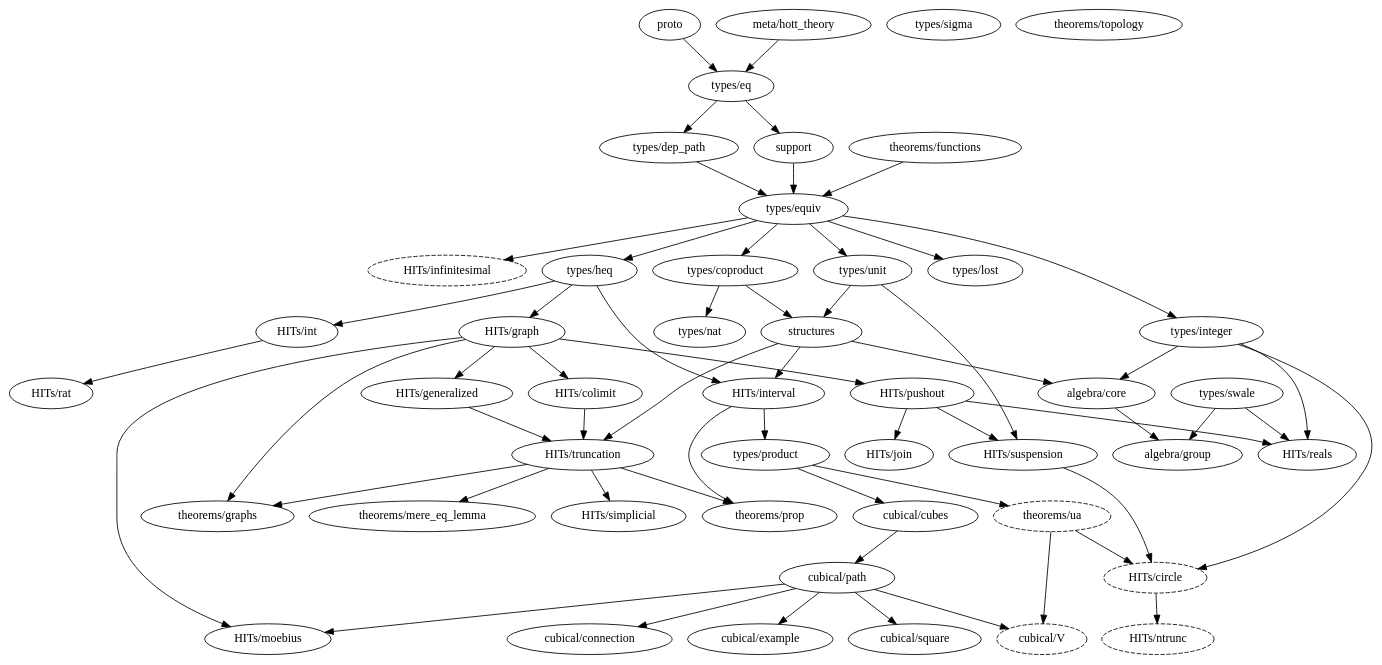
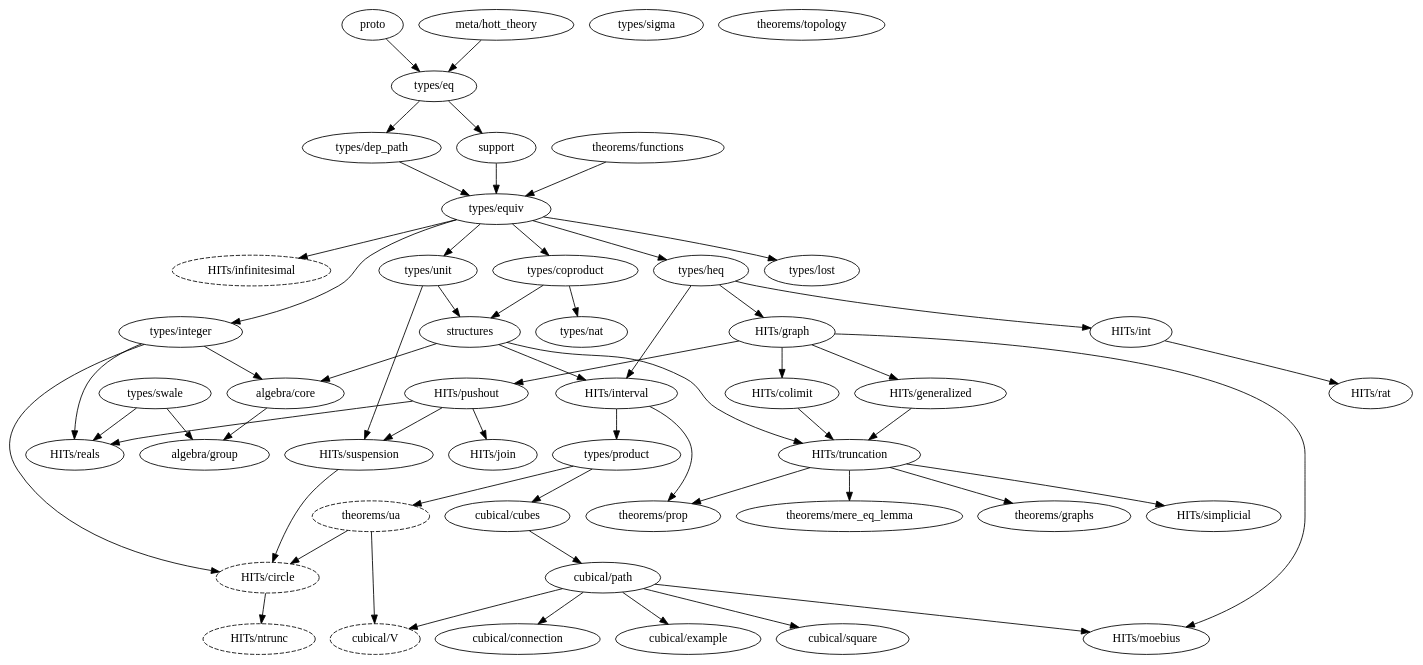
One commit to forked-from-1kasper/ground_zero changed the diagram in dependency_map.gv. Above: the diagram before and after it, drawn with Graphviz. The commit also changed 2 other files, not shown here.

```diff
--- a/dependency_map.gv
+++ b/dependency_map.gv
@@ -1,104 +1,103 @@
 digraph dependency_map {
   proto -> "types/eq"
   "meta/hott_theory" -> "types/eq"
   support -> "types/equiv"
   structures -> { "HITs/interval", "HITs/truncation", "algebra/core" }
 
   subgraph univalence {
     node [style=dashed]
     "HITs/circle"
     "HITs/infinitesimal"
     "HITs/ntrunc"
     "theorems/ua"
     "cubical/V"
   }
 
   subgraph algebra {
     "algebra/core" -> "algebra/group"
     "algebra/group"
   }
 
   subgraph types {
     "types/coproduct" -> { "types/nat", structures }
     "types/dep_path" -> "types/equiv"
     "types/eq" -> { "types/dep_path", support }
     "types/equiv" -> {
       "types/heq",
       "types/integer",
       "HITs/infinitesimal",
       "types/coproduct",
       "types/lost",
       "types/unit"
     }
     "types/heq" -> {
       "HITs/int",
       "HITs/interval",
       "HITs/graph"
     }
     "types/integer" -> { "HITs/circle", "HITs/reals", "algebra/core" }
     "types/lost"
     "types/nat"
     "types/product" -> { "cubical/cubes", "theorems/ua" }
     "types/sigma"
     "types/swale" -> { "HITs/reals", "algebra/group" }
     "types/unit" -> { structures, "HITs/suspension" }
   }
 
   subgraph HITs {
     "HITs/circle" -> "HITs/ntrunc"
     "HITs/colimit" -> "HITs/truncation"
     "HITs/generalized" -> "HITs/truncation"
     "HITs/graph" -> {
       "HITs/colimit",
       "HITs/generalized",
       "HITs/pushout",
-      "HITs/moebius",
-      "theorems/graphs"
+      "HITs/moebius"
     }
     "HITs/infinitesimal"
     "HITs/int" -> "HITs/rat"
     "HITs/interval" -> { "types/product", "theorems/prop" }
     "HITs/join"
     "HITs/moebius"
     "HITs/ntrunc"
     "HITs/pushout" -> {
       "HITs/join",
       "HITs/reals",
       "HITs/suspension"
     }
     "HITs/rat"
     "HITs/reals"
     "HITs/simplicial"
     "HITs/suspension" -> "HITs/circle"
     "HITs/truncation" -> {
       "theorems/mere_eq_lemma",
       "theorems/prop",
       "theorems/graphs",
       "HITs/simplicial"
     }
   }
 
   subgraph cubical {
     "cubical/connection"
     "cubical/cubes" -> "cubical/path"
     "cubical/example"
     "cubical/path" -> {
       "cubical/square",
       "cubical/example",
       "cubical/V",
       "cubical/connection",
       "HITs/moebius"
     }
     "cubical/square"
     "cubical/V"
   }
 
   subgraph theorems {
     "theorems/functions" -> "types/equiv"
     "theorems/graphs"
     "theorems/mere_eq_lemma"
     "theorems/prop"
     "theorems/topology"
     "theorems/ua" -> { "HITs/circle", "cubical/V" }
   }
 }
```
